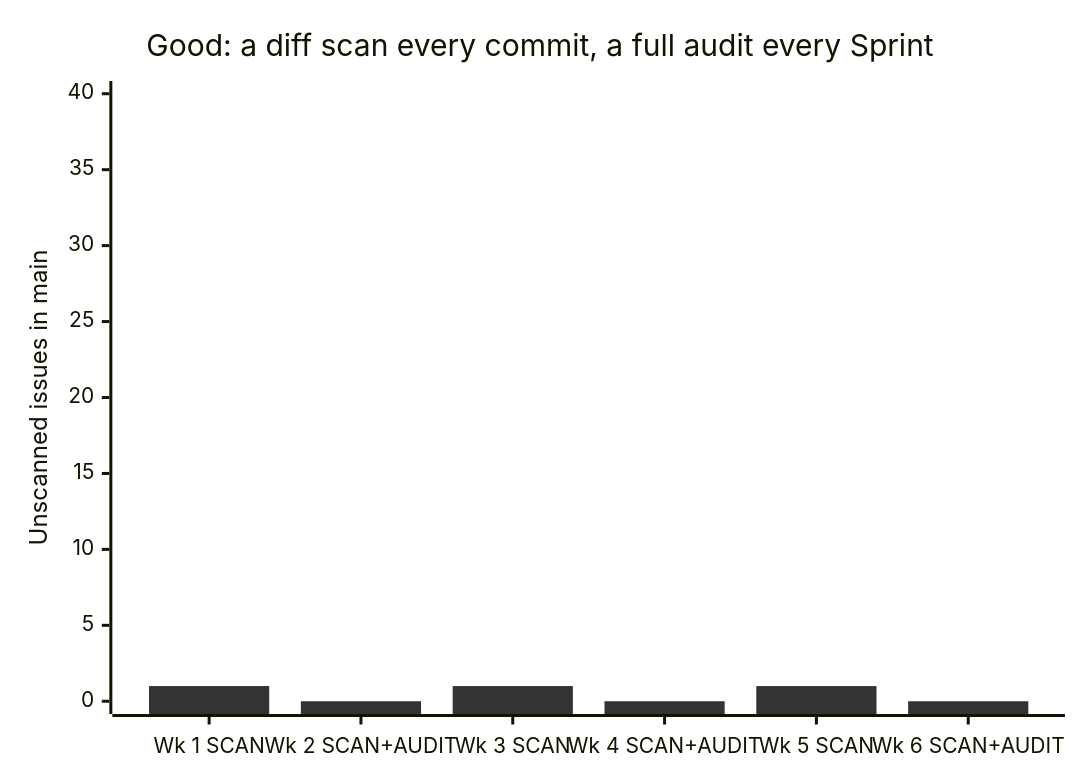
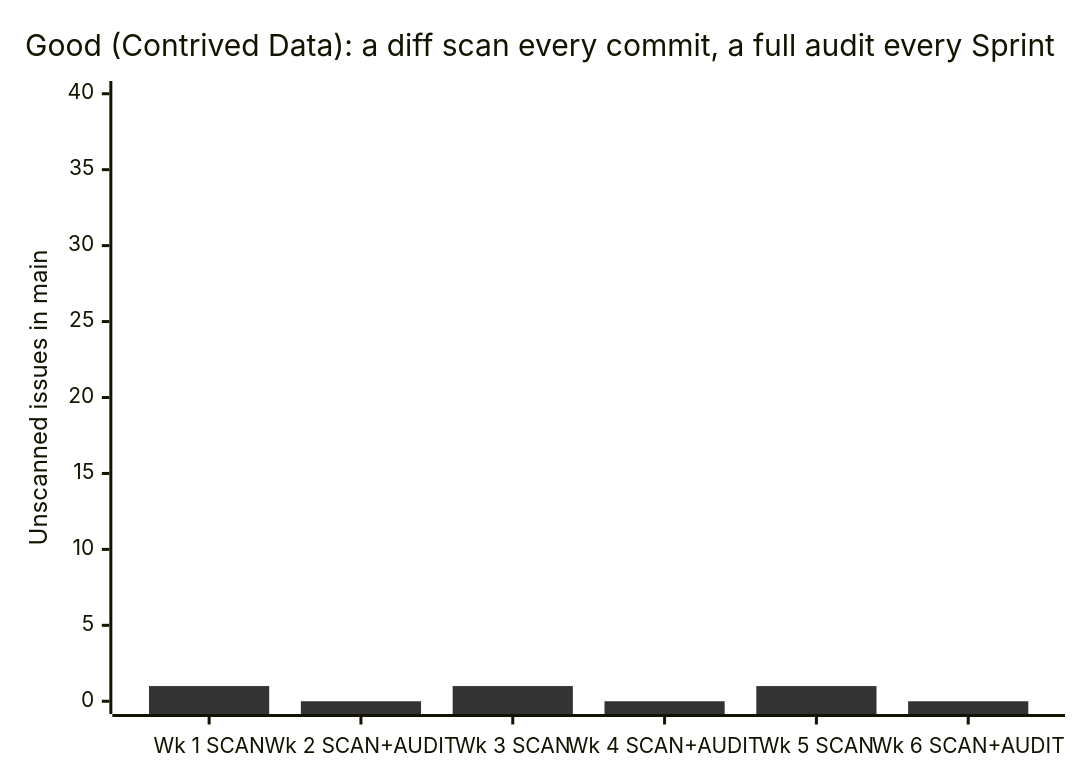
The second of 2 diagrams in public/uploads/rules/ai-security-scans/rule.mdx (SSWConsulting/SSW.Rules.Content), drawn with Mermaid before and after one commit. The commit also changed other lines of this file, not shown here.

````diff
--- a/public/uploads/rules/ai-security-scans/rule.mdx
+++ b/public/uploads/rules/ai-security-scans/rule.mdx
@@ -81,13 +79,13 @@
 ```mermaid
 ---
 config:
   themeVariables:
     xyChart:
       plotColorPalette: "#333333"
 ---
 xychart-beta
-  title "Good: a diff scan every commit, a full audit every Sprint"
+  title "Good (Contrived Data): a diff scan every commit, a full audit every Sprint"
   x-axis ["Wk 1 SCAN", "Wk 2 SCAN+AUDIT", "Wk 3 SCAN", "Wk 4 SCAN+AUDIT", "Wk 5 SCAN", "Wk 6 SCAN+AUDIT"]
   y-axis "Unscanned issues in main" 0 --> 40
   bar [1, 0, 1, 0, 1, 0]
 ```
````
